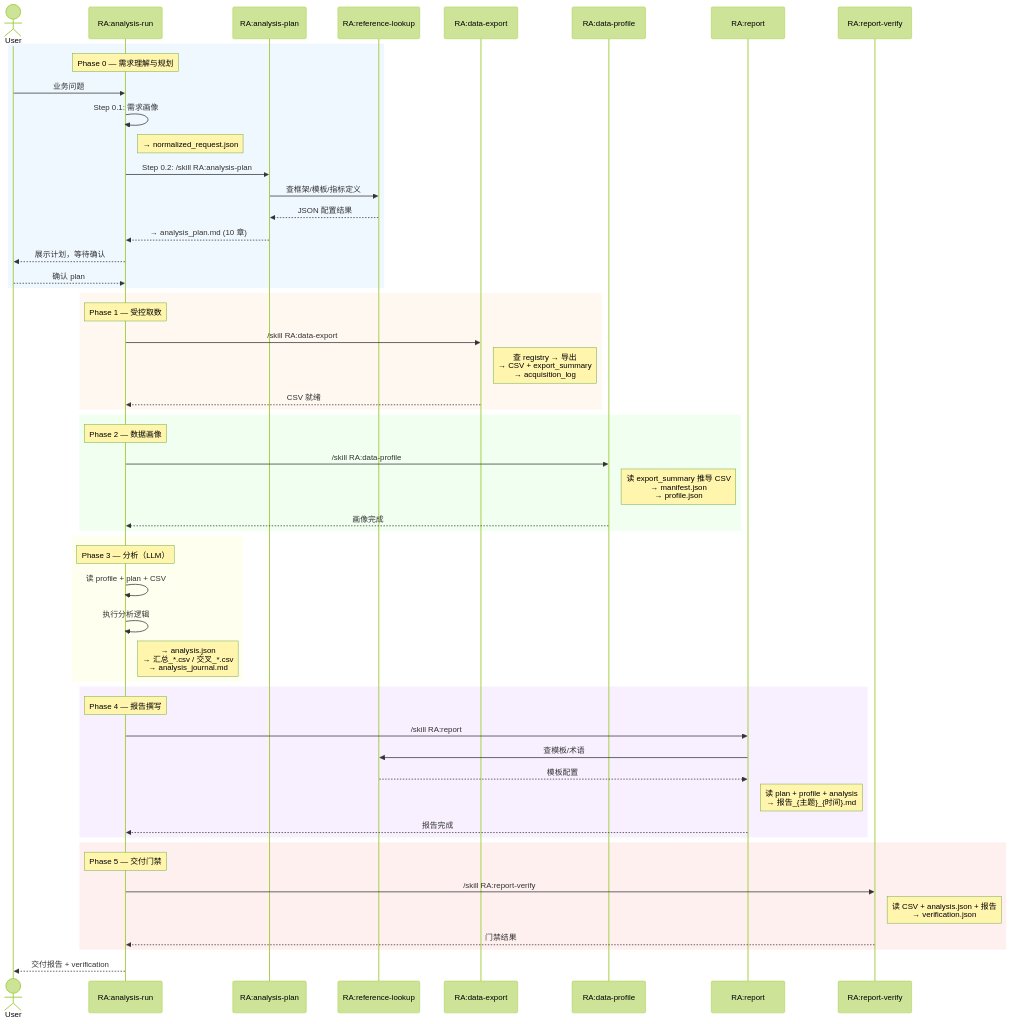
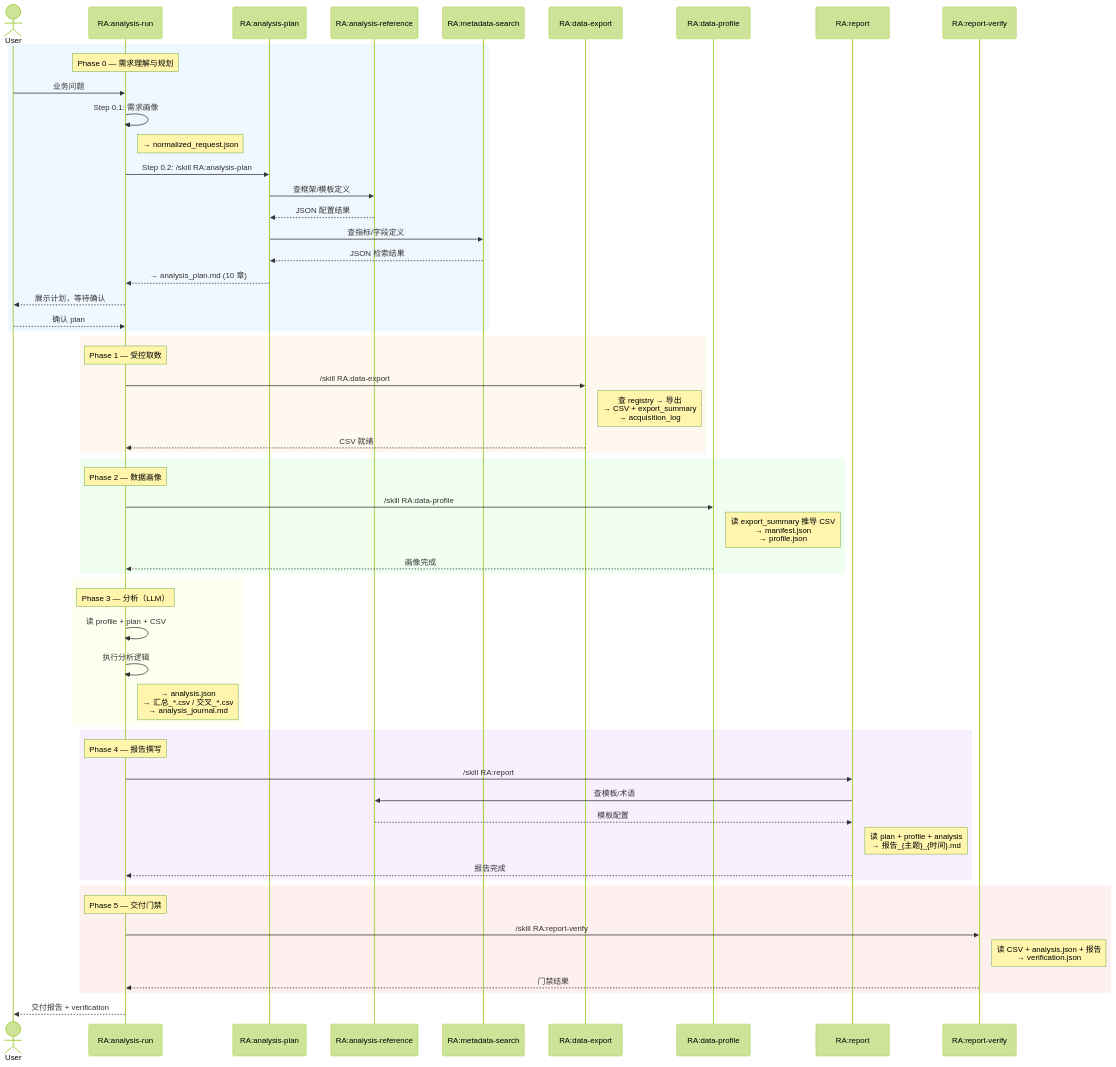
One commit to dabaige53/RealAnalyst changed the first of 3 diagrams in docs/skill-interaction-design.md. Above: the diagram before and after it, drawn with Mermaid (forest theme). The commit also changed other lines of this file and 36 other files, not shown here.

````diff
--- a/docs/skill-interaction-design.md
+++ b/docs/skill-interaction-design.md
@@ -62,63 +63,66 @@
 ```mermaid
 sequenceDiagram
     actor User
     participant AR as RA:analysis-run
     participant AP as RA:analysis-plan
-    participant RL as RA:reference-lookup
+    participant RL as RA:analysis-reference
+    participant MS as RA:metadata-search
     participant EX as RA:data-export
     participant DP as RA:data-profile
     participant RPT as RA:report
     participant RV as RA:report-verify
 
     rect rgb(240, 248, 255)
     Note over AR: Phase 0 — 需求理解与规划
     User->>AR: 业务问题
     AR->>AR: Step 0.1: 需求画像
     Note right of AR: → normalized_request.json
     AR->>AP: Step 0.2: /skill RA:analysis-plan
-    AP->>RL: 查框架/模板/指标定义
+    AP->>RL: 查框架/模板定义
     RL-->>AP: JSON 配置结果
+    AP->>MS: 查指标/字段定义
+    MS-->>AP: JSON 检索结果
     AP-->>AR: → analysis_plan.md (10 章)
     AR-->>User: 展示计划，等待确认
     User-->>AR: 确认 plan
     end
 
     rect rgb(255, 248, 240)
     Note over AR: Phase 1 — 受控取数
     AR->>EX: /skill RA:data-export
     Note right of EX: 查 registry → 导出<br/>→ CSV + export_summary<br/>→ acquisition_log
     EX-->>AR: CSV 就绪
     end
 
     rect rgb(240, 255, 240)
     Note over AR: Phase 2 — 数据画像
     AR->>DP: /skill RA:data-profile
     Note right of DP: 读 export_summary 推导 CSV<br/>→ manifest.json<br/>→ profile.json
     DP-->>AR: 画像完成
     end
 
     rect rgb(255, 255, 240)
     Note over AR: Phase 3 — 分析（LLM）
     AR->>AR: 读 profile + plan + CSV
     AR->>AR: 执行分析逻辑
     Note right of AR: → analysis.json<br/>→ 汇总_*.csv / 交叉_*.csv<br/>→ analysis_journal.md
     end
 
     rect rgb(248, 240, 255)
     Note over AR: Phase 4 — 报告撰写
     AR->>RPT: /skill RA:report
     RPT->>RL: 查模板/术语
     RL-->>RPT: 模板配置
     Note right of RPT: 读 plan + profile + analysis<br/>→ 报告_{主题}_{时间}.md
     RPT-->>AR: 报告完成
     end
 
     rect rgb(255, 240, 240)
     Note over AR: Phase 5 — 交付门禁
     AR->>RV: /skill RA:report-verify
     Note right of RV: 读 CSV + analysis.json + 报告<br/>→ verification.json
     RV-->>AR: 门禁结果
     end
 
     AR-->>User: 交付报告 + verification
 ```
````
